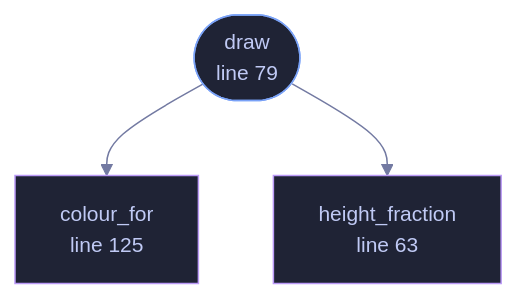
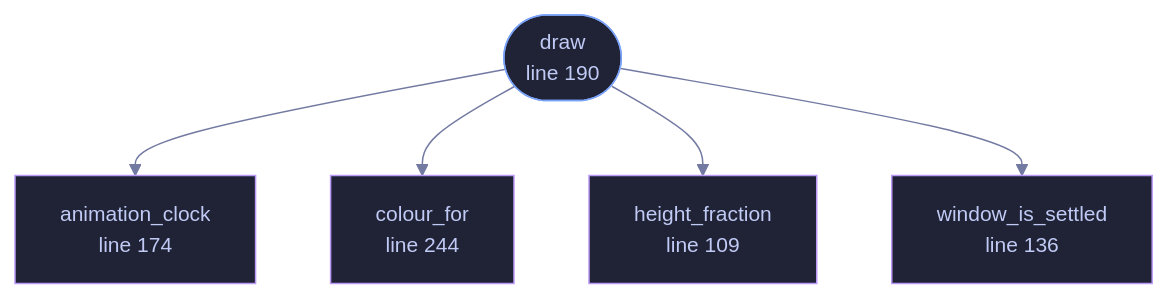
The diagram in wiki/File-veilvoice-gui-soundbar.md (tilas01/veilvoice), drawn with Mermaid before and after one commit. The commit also changed other lines of this file and 131 other files, not shown here.

````diff
--- a/wiki/File-veilvoice-gui-soundbar.md
+++ b/wiki/File-veilvoice-gui-soundbar.md
@@ -78,16 +109,22 @@
 ```mermaid
 %%{init: {"theme":"base","themeVariables":{"background":"#1a1b26","primaryColor":"#1f2335","primaryTextColor":"#c0caf5","primaryBorderColor":"#7aa2f7","secondaryColor":"#16161e","tertiaryColor":"#16161e","lineColor":"#737aa2","textColor":"#c0caf5","mainBkg":"#1f2335","nodeBorder":"#7aa2f7","clusterBkg":"#16161e","clusterBorder":"#2f3549","fontFamily":"ui-monospace, SFMono-Regular, Consolas, monospace","fontSize":"14px"}}}%%
 flowchart TD
-    n_height_fraction["height_fraction<br/>line 63"]
-    n_draw(["draw<br/>line 79"])
-    n_colour_for["colour_for<br/>line 125"]
+    n_height_fraction["height_fraction<br/>line 109"]
+    n_window_is_settled["window_is_settled<br/>line 136"]
+    n_animation_clock["animation_clock<br/>line 174"]
+    n_draw(["draw<br/>line 190"])
+    n_colour_for["colour_for<br/>line 244"]
+    n_draw --> n_animation_clock
     n_draw --> n_colour_for
     n_draw --> n_height_fraction
-    click n_height_fraction href "https://github.com/tilas01/veilvoice/blob/main/crates/veilvoice-gui/src/soundbar.rs#L63" "open the source"
-    click n_draw href "https://github.com/tilas01/veilvoice/blob/main/crates/veilvoice-gui/src/soundbar.rs#L79" "open the source"
-    click n_colour_for href "https://github.com/tilas01/veilvoice/blob/main/crates/veilvoice-gui/src/soundbar.rs#L125" "open the source"
+    n_draw --> n_window_is_settled
+    click n_height_fraction href "https://github.com/tilas01/veilvoice/blob/main/crates/veilvoice-gui/src/soundbar.rs#L109" "open the source"
+    click n_window_is_settled href "https://github.com/tilas01/veilvoice/blob/main/crates/veilvoice-gui/src/soundbar.rs#L136" "open the source"
+    click n_animation_clock href "https://github.com/tilas01/veilvoice/blob/main/crates/veilvoice-gui/src/soundbar.rs#L174" "open the source"
+    click n_draw href "https://github.com/tilas01/veilvoice/blob/main/crates/veilvoice-gui/src/soundbar.rs#L190" "open the source"
+    click n_colour_for href "https://github.com/tilas01/veilvoice/blob/main/crates/veilvoice-gui/src/soundbar.rs#L244" "open the source"
     classDef entry fill:#1f2335,stroke:#7aa2f7,color:#c0caf5
     class n_draw entry
     classDef helper fill:#1f2335,stroke:#bb9af7,color:#c0caf5
-    class n_height_fraction,n_colour_for helper
+    class n_height_fraction,n_window_is_settled,n_animation_clock,n_colour_for helper
 ```
````
